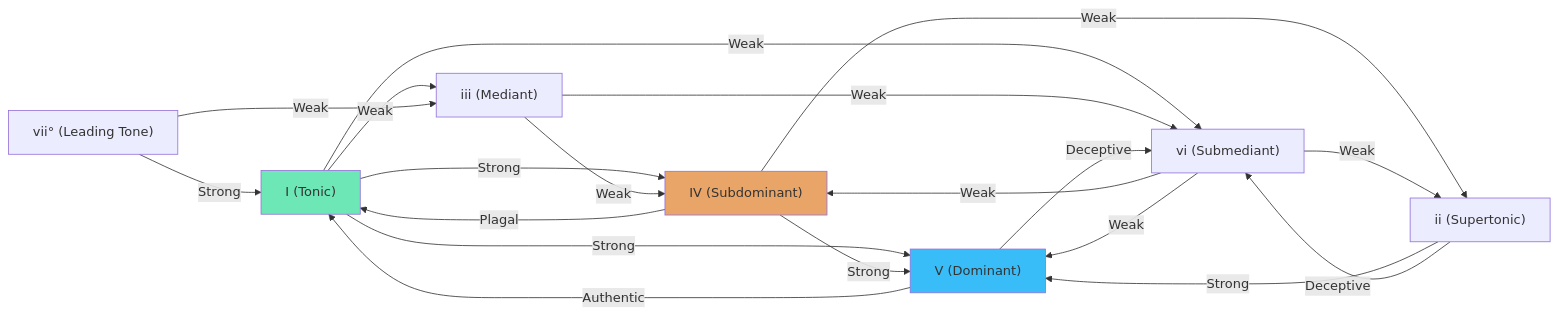
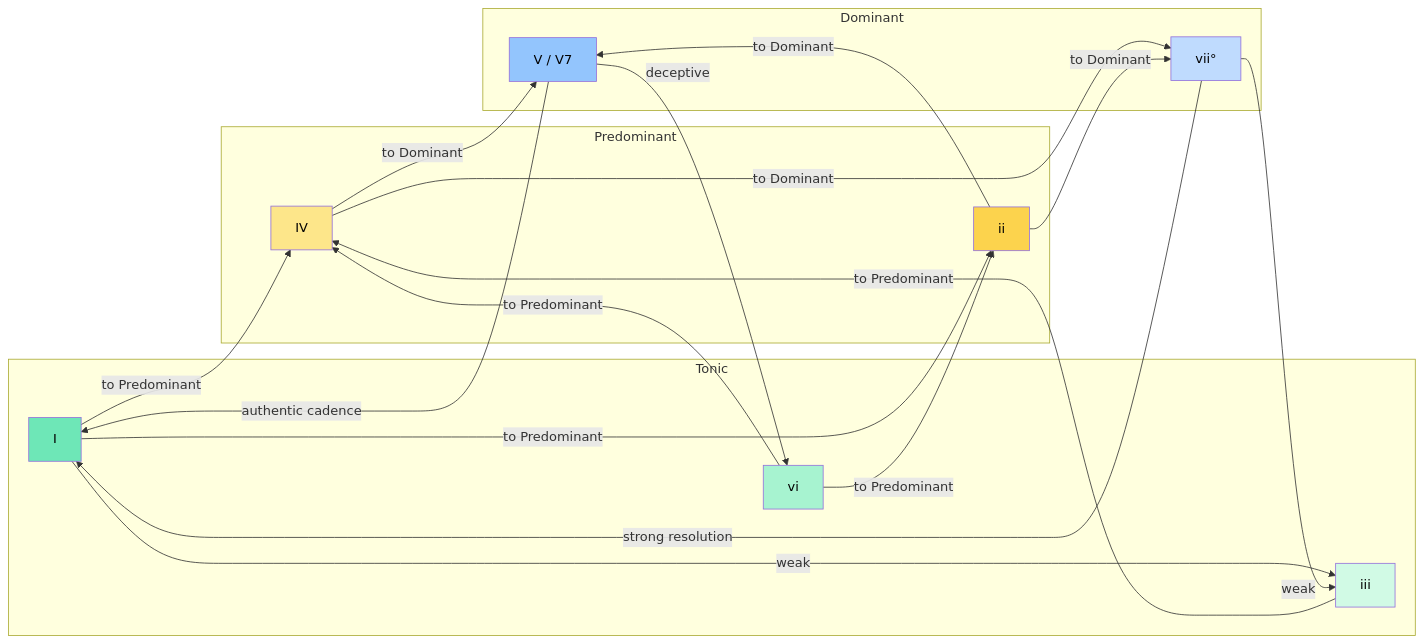
The second of 3 diagrams in topics/arts/music_performance/piano/lesson_03_diatonic_chords_and_voice_leading.md (blebleblee/synapse), drawn with Mermaid before and after one commit. The commit also changed other lines of this file and 4 other files, not shown here.

````diff
--- a/topics/arts/music_performance/piano/lesson_03_diatonic_chords_and_voice_leading.md
+++ b/topics/arts/music_performance/piano/lesson_03_diatonic_chords_and_voice_leading.md
@@ -186,39 +217,41 @@
 ```mermaid
 graph LR
-    I["I (Tonic)"]
-    ii["ii (Supertonic)"]
-    iii["iii (Mediant)"]
-    IV["IV (Subdominant)"]
-    V["V (Dominant)"]
-    vi["vi (Submediant)"]
-    vii["vii° (Leading Tone)"]
-    
-    I -->|"Strong"| IV
-    I -->|"Strong"| V
-    I -->|"Weak"| vi
-    I -->|"Weak"| iii
-    
-    ii -->|"Strong"| V
-    ii -->|"Deceptive"| vi
-    
-    iii -->|"Weak"| vi
-    iii -->|"Weak"| IV
-    
-    IV -->|"Strong"| V
-    IV -->|"Plagal"| I
-    IV -->|"Weak"| ii
-    
-    V -->|"Authentic"| I
-    V -->|"Deceptive"| vi
-    
-    vi -->|"Weak"| ii
-    vi -->|"Weak"| IV
-    vi -->|"Weak"| V
-    
-    vii -->|"Strong"| I
-    vii -->|"Weak"| iii
-    
-    style I fill:#6EE7B7
-    style V fill:#38BDF8
-    style IV fill:#E9A568
+    subgraph sub_t ["Tonic"]
+        I["I"]
+        vi["vi"]
+        iii["iii"]
+    end
+
+    subgraph sub_pd ["Predominant"]
+        IV["IV"]
+        ii["ii"]
+    end
+
+    subgraph sub_d ["Dominant"]
+        V["V / V7"]
+        vii["vii°"]
+    end
+
+    I -->|"to Predominant"| IV
+    I -->|"to Predominant"| ii
+    I -->|"weak"| iii
+    vi -->|"to Predominant"| ii
+    vi -->|"to Predominant"| IV
+    iii -->|"to Predominant"| IV
+    IV -->|"to Dominant"| V
+    IV -->|"to Dominant"| vii
+    ii -->|"to Dominant"| V
+    ii -->|"to Dominant"| vii
+    V -->|"authentic cadence"| I
+    V -->|"deceptive"| vi
+    vii -->|"strong resolution"| I
+    vii -->|"weak"| iii
+
+    style I fill:#6EE7B7,color:#000
+    style vi fill:#A7F3D0,color:#000
+    style iii fill:#D1FAE5,color:#000
+    style IV fill:#FDE68A,color:#000
+    style ii fill:#FCD34D,color:#000
+    style V fill:#93C5FD,color:#000
+    style vii fill:#BFDBFE,color:#000
 ```
````
